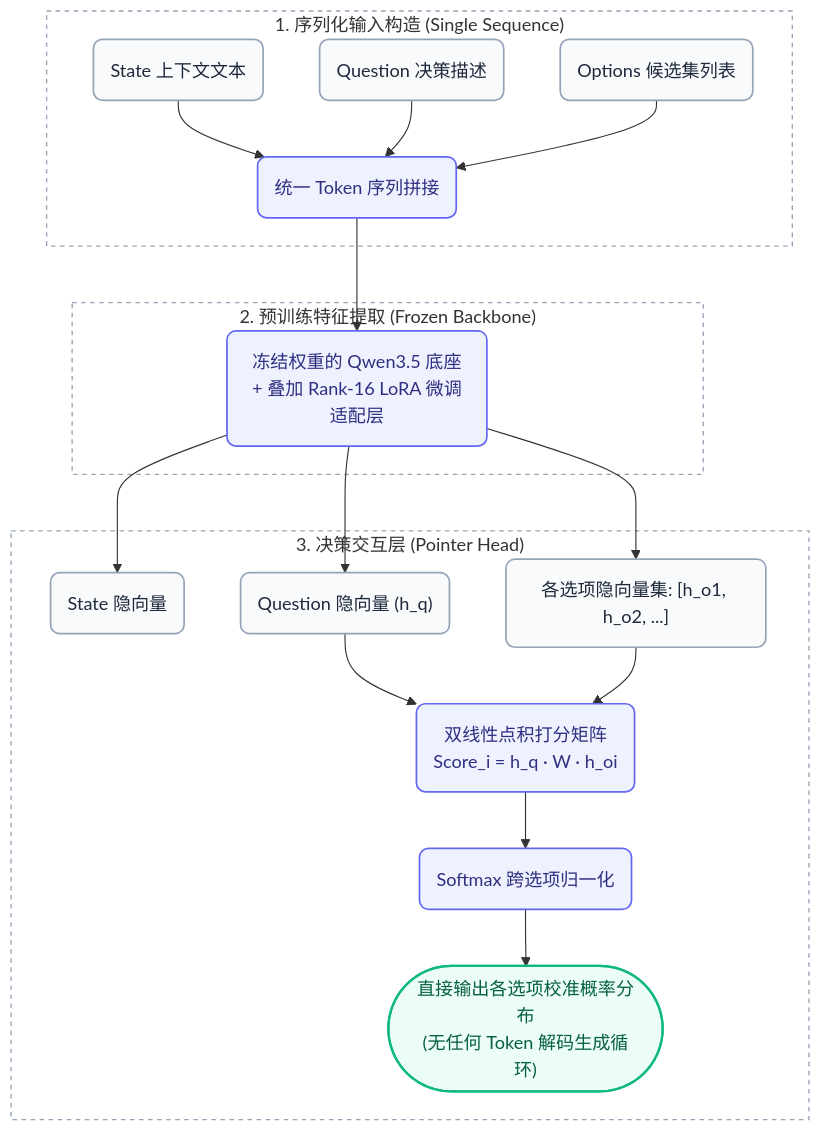
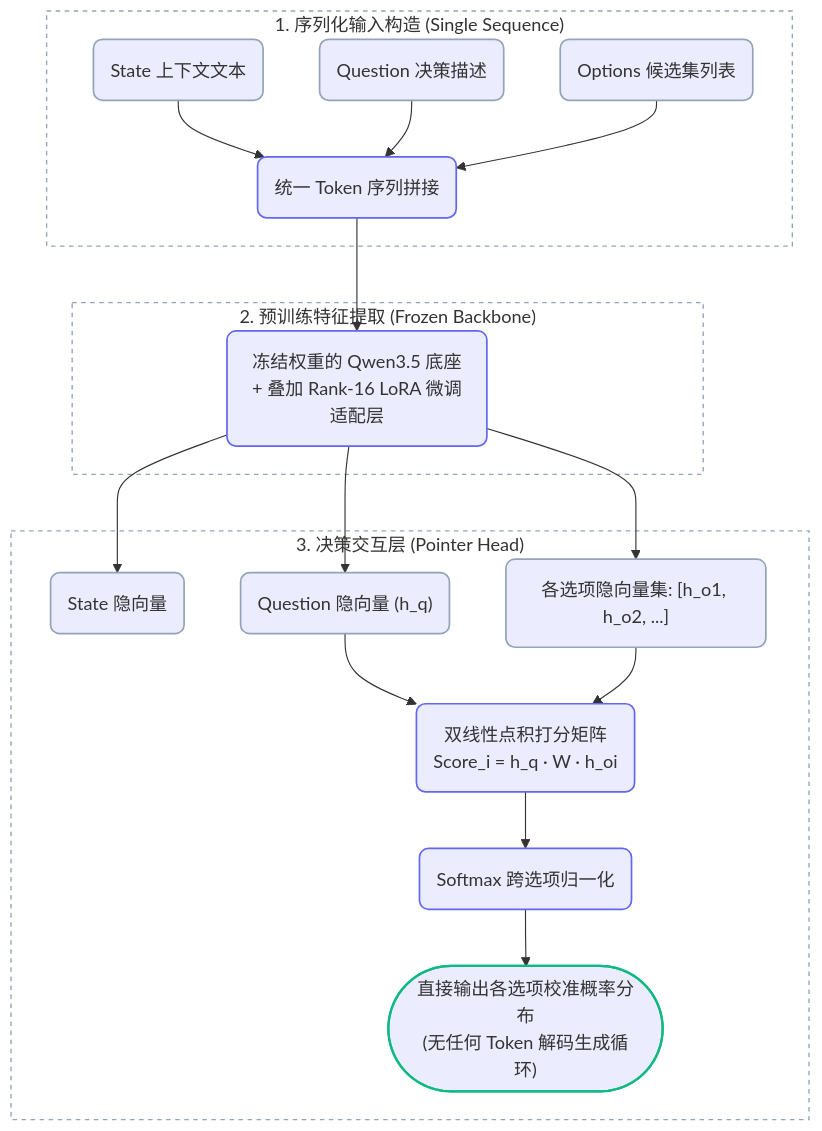
The third of 3 diagrams in content/zh/large_models/jev_typesafe_system_one.md (hobbytp/hobbytp.github.io), drawn with Mermaid before and after one commit. The commit also changed other lines of this file and 1 other file, not shown here.

Commit message:
feat: add Mermaid diagram support and custom styling in head partial along with new demo and article pages

````diff
--- a/content/zh/large_models/jev_typesafe_system_one.md
+++ b/content/zh/large_models/jev_typesafe_system_one.md
@@ -510,31 +510,31 @@
 ```mermaid
 flowchart TD
-    %% 全局样式定义：圆角、中性微阴影、微边框
-    classDef inputNode fill:#F8FAFC,stroke:#94A3B8,stroke-width:1.5px,rx:8,ry:8,color:#1E293B;
-    classDef processNode fill:#EEF2FF,stroke:#6366F1,stroke-width:1.5px,rx:8,ry:8,color:#312E81;
-    classDef outputNode fill:#ECFDF5,stroke:#10B981,stroke-width:2px,rx:18,ry:18,color:#065F46;
+    %% 节点样式：由 CSS 负责黑夜/白天自适应背景与高对比度文字
+    classDef inputNode stroke:#94A3B8,stroke-width:1.5px,rx:8,ry:8;
+    classDef processNode stroke:#6366F1,stroke-width:1.5px,rx:8,ry:8;
+    classDef outputNode stroke:#10B981,stroke-width:2px,rx:18,ry:18;
     classDef subContainer fill:transparent,stroke:#94A3B8,stroke-width:1.2px,stroke-dasharray: 4 4;
 
     subgraph 序列构造["1. 序列化输入构造 (Single Sequence)"]
         RawState("State 上下文文本"):::inputNode
         RawQ("Question 决策描述"):::inputNode
         RawOpts("Options 候选集列表"):::inputNode
         RawState & RawQ & RawOpts --> UnifiedInput("统一 Token 序列拼接"):::processNode
     end
     class 序列构造 subContainer;
 
     subgraph 冻结底座["2. 预训练特征提取 (Frozen Backbone)"]
         UnifiedInput --> FrozenModel("冻结权重的 Qwen3.5 底座<br/>+ 叠加 Rank-16 LoRA 微调适配层"):::processNode
     end
     class 冻结底座 subContainer;
 
     subgraph 指针头打分["3. 决策交互层 (Pointer Head)"]
         FrozenModel --> H_State("State 隐向量"):::inputNode
         FrozenModel --> H_Q("Question 隐向量 (h_q)"):::inputNode
         FrozenModel --> H_Opts("各选项隐向量集: [h_o1, h_o2, ...]"):::inputNode
         H_Q & H_Opts --> DotProduct("双线性点积打分矩阵<br/>Score_i = h_q · W · h_oi"):::processNode
         DotProduct --> Softmax("Softmax 跨选项归一化"):::processNode
         Softmax --> CalibratedOut(["直接输出各选项校准概率分布<br/>(无任何 Token 解码生成循环)"]):::outputNode
     end
     class 指针头打分 subContainer;
 ```
````
